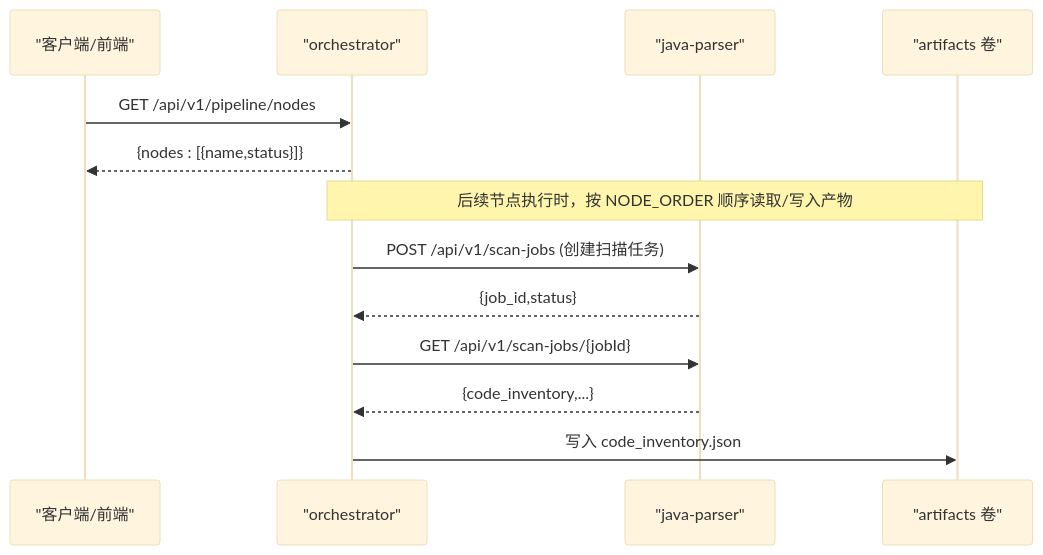
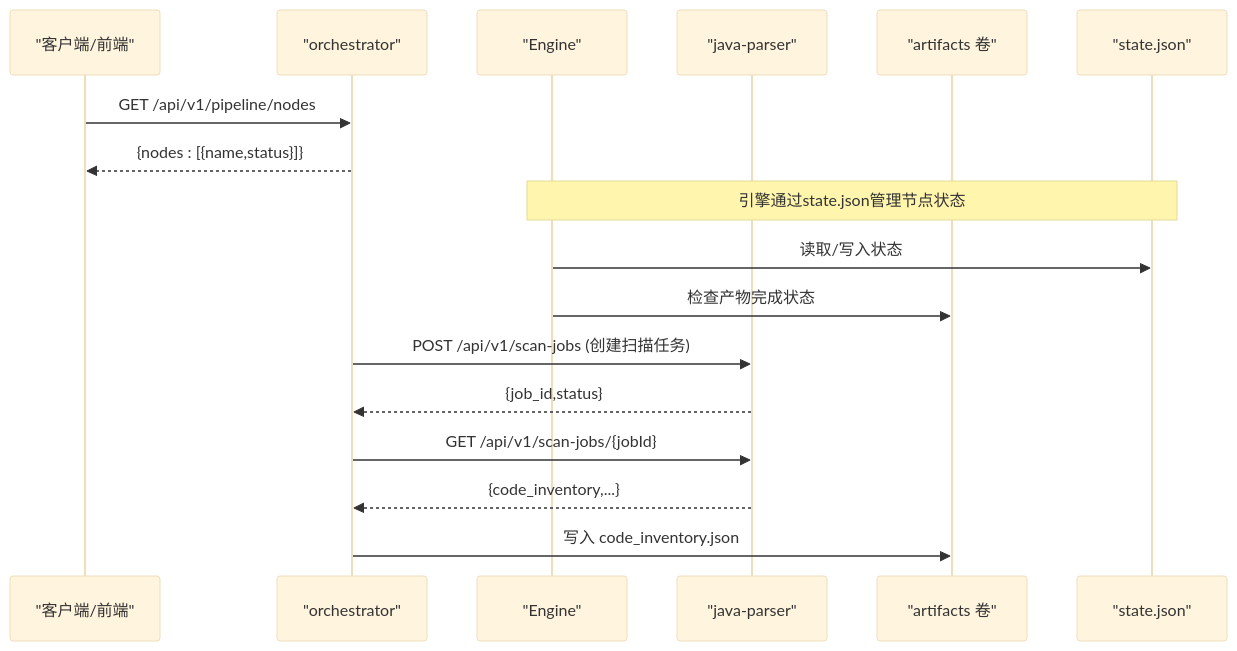
The second of 9 diagrams in .qoder/repowiki/zh/content/系统架构/流水线架构/流水线架构.md (Joeyzheng001/LLM-AutoTest), drawn with Mermaid (base theme) before and after one commit. The commit also changed other lines of this file and 41 other files, not shown here.

````diff
--- a/.qoder/repowiki/zh/content/系统架构/流水线架构/流水线架构.md
+++ b/.qoder/repowiki/zh/content/系统架构/流水线架构/流水线架构.md
@@ -89,15 +112,19 @@
 ```mermaid
 sequenceDiagram
 participant Client as "客户端/前端"
 participant Orch as "orchestrator"
+participant Engine as "Engine"
 participant Parser as "java-parser"
 participant Art as "artifacts 卷"
+participant State as "state.json"
 Client->>Orch : GET /api/v1/pipeline/nodes
 Orch-->>Client : {nodes : [{name,status}]}
-Note over Orch,Art : 后续节点执行时，按 NODE_ORDER 顺序读取/写入产物
+Note over Engine,State : 引擎通过state.json管理节点状态
+Engine->>State : 读取/写入状态
+Engine->>Art : 检查产物完成状态
 Orch->>Parser : POST /api/v1/scan-jobs (创建扫描任务)
 Parser-->>Orch : {job_id,status}
 Orch->>Parser : GET /api/v1/scan-jobs/{jobId}
 Parser-->>Orch : {code_inventory,...}
 Orch->>Art : 写入 code_inventory.json
 ```
````
